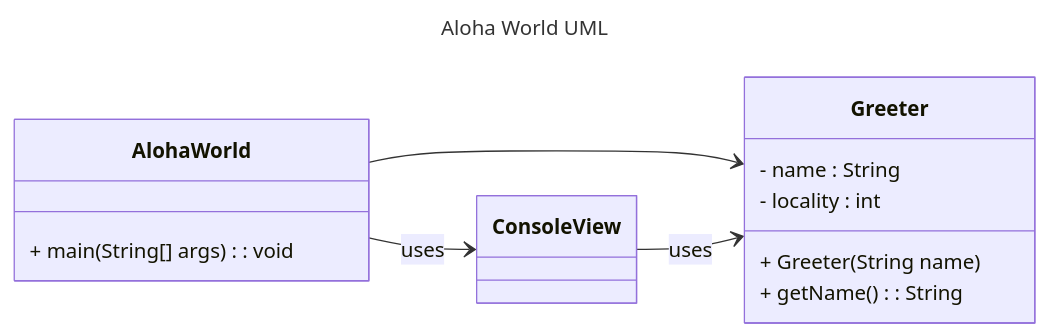
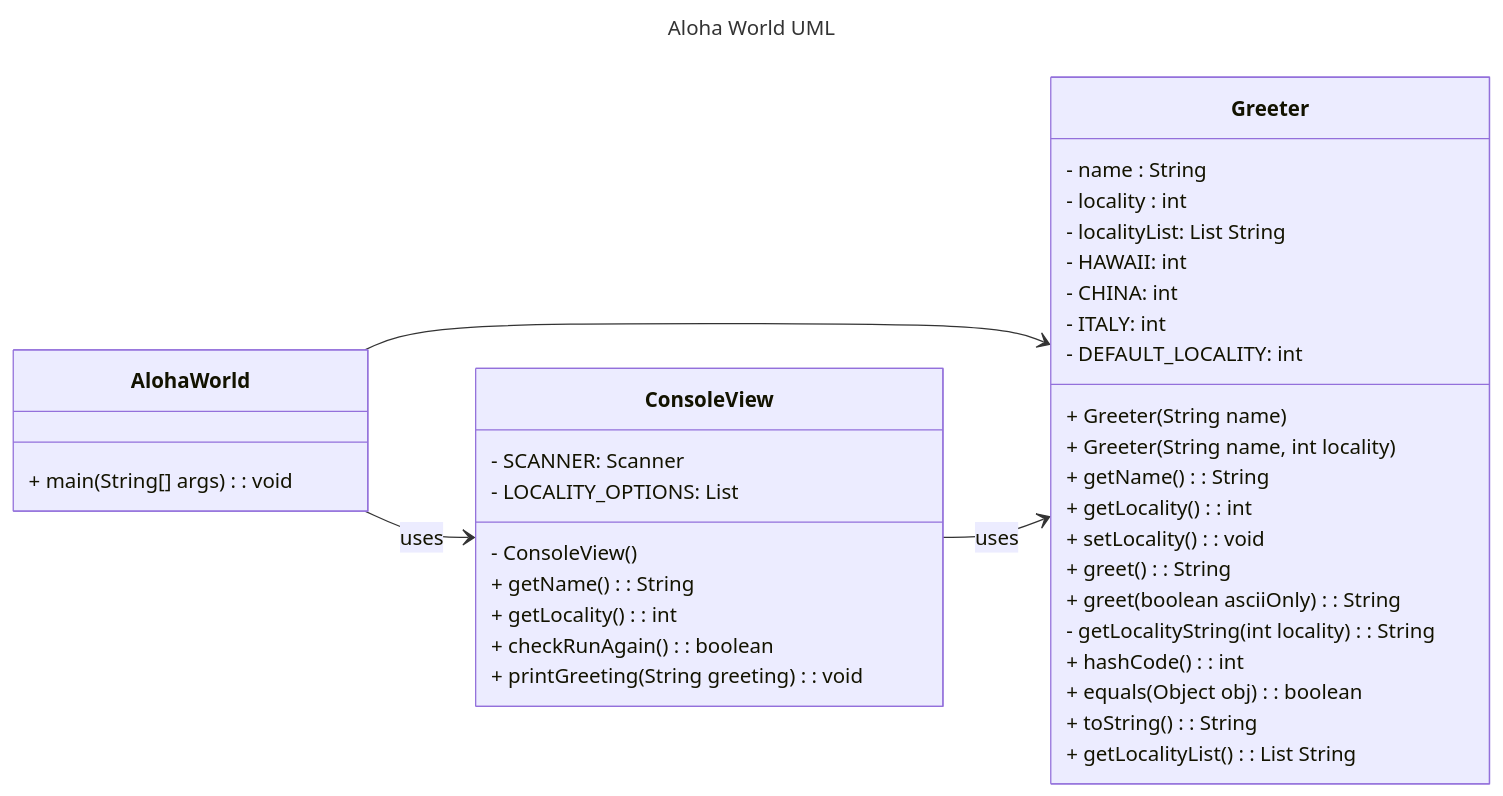
One commit to 5004-SEA-Fa24-Geeng/hello-world-rebwang changed the diagram in Report.md. Above: the diagram before and after it, drawn with Mermaid. The commit also changed other lines of this file and 2 other files, not shown here.

````diff
--- a/Report.md
+++ b/Report.md
@@ -10,22 +10,43 @@
 ```mermaid
 ---
 title: Aloha World UML
 ---
 classDiagram
 direction LR
 AlohaWorld --> Greeter
 AlohaWorld --> ConsoleView : uses
 ConsoleView --> Greeter : uses
  class AlohaWorld {
      + main(String[] args) : void
  }
  class Greeter {
      - name : String
      - locality : int
+     - localityList: List String
+     - HAWAII: int
+     - CHINA: int
+     - ITALY: int
+     - DEFAULT_LOCALITY: int
      + Greeter(String name)
+     + Greeter(String name, int locality)
      + getName() : String
+     + getLocality() : int
+     + setLocality() : void
+     + greet() : String
+     + greet(boolean asciiOnly) : String
+     - getLocalityString(int locality) : String
+     + hashCode() : int
+     + equals(Object obj) : boolean
+     + toString() : String
+     + getLocalityList() : List String
  }
  class ConsoleView {
- 
+     - SCANNER: Scanner
+     - LOCALITY_OPTIONS: List
+     - ConsoleView()
+     + getName() : String
+     + getLocality() : int
+     + checkRunAgain() : boolean
+     + printGreeting(String greeting) : void
  }
 ```
````
